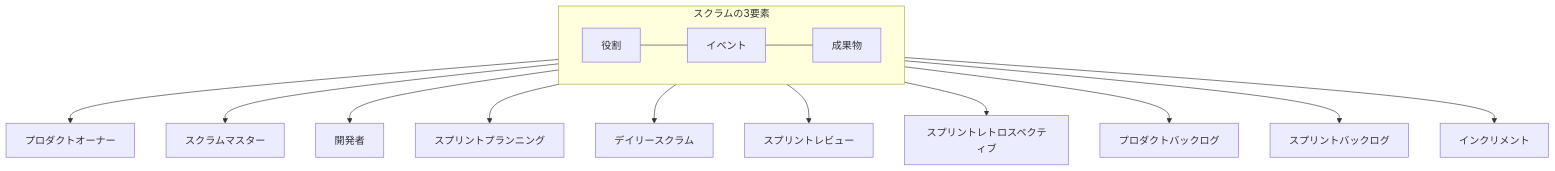
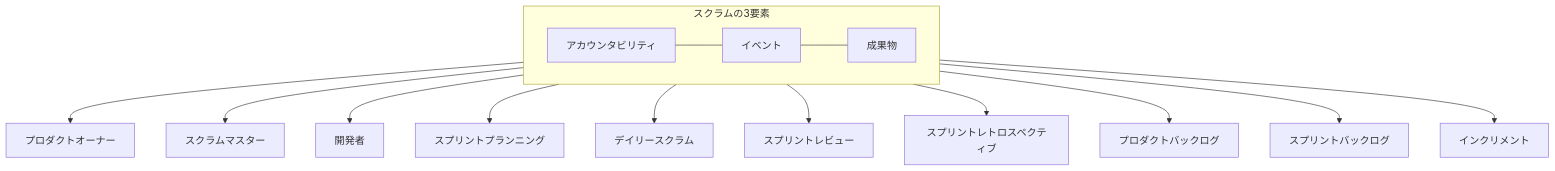
Before and after one commit to SuperPyonchiX/.agents: the first of 2 diagrams in skills/markdown-explanation-doc/examples/example-output.md, drawn with Mermaid. The commit also changed other lines of this file and 3 other files, not shown here.

````diff
--- a/skills/markdown-explanation-doc/examples/example-output.md
+++ b/skills/markdown-explanation-doc/examples/example-output.md
@@ -17,20 +19,20 @@
 ```mermaid
 graph TD
     subgraph スクラムの3要素
         direction LR
-        A[役割] --- B[イベント] --- C[成果物]
+        A[アカウンタビリティ] --- B[イベント] --- C[成果物]
     end
 
     A --> A1[プロダクトオーナー]
     A --> A2[スクラムマスター]
     A --> A3[開発者]
 
     B --> B1[スプリントプランニング]
     B --> B2[デイリースクラム]
     B --> B3[スプリントレビュー]
     B --> B4[スプリントレトロスペクティブ]
 
     C --> C1[プロダクトバックログ]
     C --> C2[スプリントバックログ]
     C --> C3[インクリメント]
 ```
````
